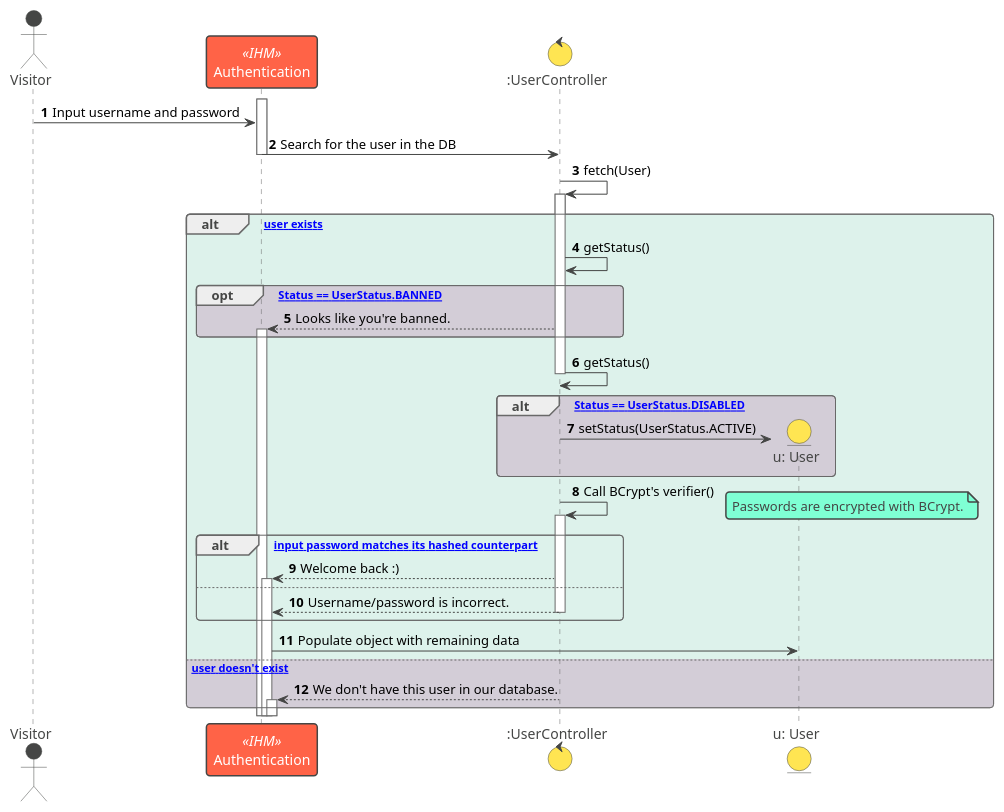
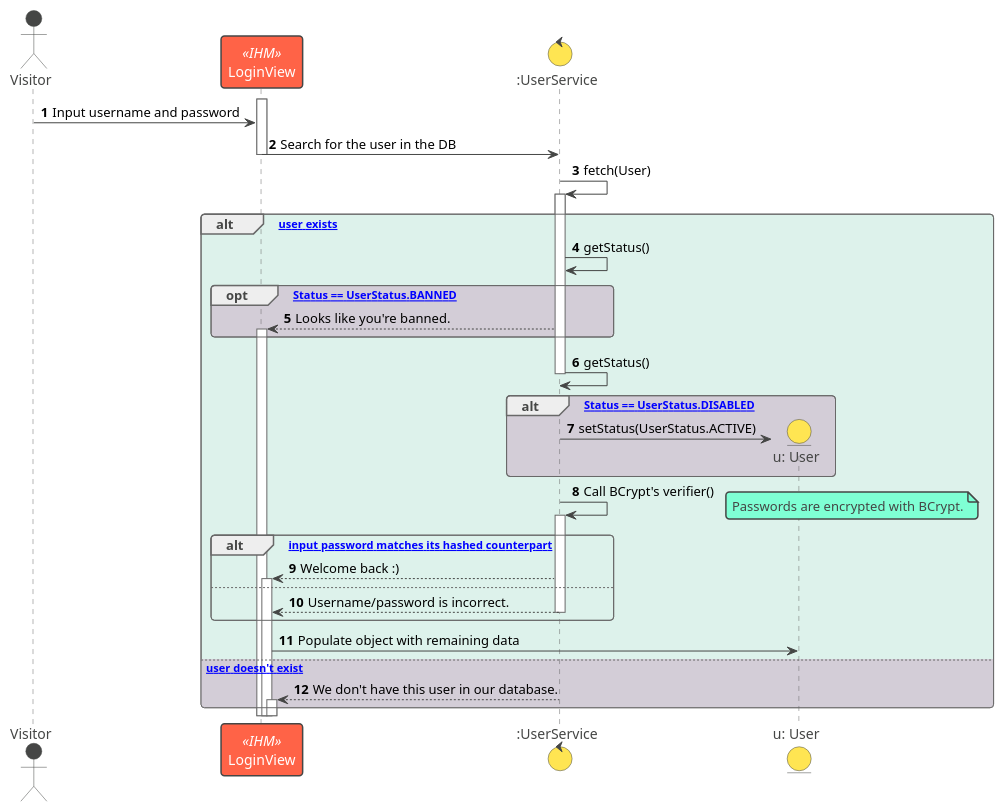
One commit to Druid-ESPRIT/magnum-docs changed the diagram in uml/user-auth.puml. Above: the diagram before and after it, drawn with PlantUML. The commit also changed 2 other files, not shown here.

```diff
--- a/uml/user-auth.puml
+++ b/uml/user-auth.puml
@@ -1,52 +1,51 @@
 @startuml
 !theme vibrant
 
 actor Visitor as V
-participant Authentication as IHM << IHM >>
-control ":UserController" as Ctrl
+participant "LoginView" as IHM << IHM >>
+control ":UserService" as Ctrl
 entity "u: User" as User
 
 autonumber
 
 activate IHM
 V -> IHM: Input username and password
 IHM -> Ctrl: Search for the user in the DB
 deactivate IHM
 Ctrl -> Ctrl: fetch(User)
 
 alt #DDF2EB [If user exists]
 
    activate Ctrl
    Ctrl -> Ctrl: getStatus()
    opt #D3CDD7 [If Status == UserStatus.BANNED]
       Ctrl --> IHM ++: Looks like you're banned.
    end
 
    Ctrl -> Ctrl --: getStatus()
 
    alt #D3CDD7 [If Status == UserStatus.DISABLED]
       Ctrl -> User **: setStatus(UserStatus.ACTIVE)
    end
 
    Ctrl -> Ctrl ++: Call BCrypt's verifier()
    note right
       Passwords are encrypted with BCrypt.
    end note
 
    alt [If input password matches its hashed counterpart]
       Ctrl --> IHM ++: Welcome back :)
    else
       Ctrl --> IHM --: Username/password is incorrect.
    end
 
    IHM -> User: Populate object with remaining data
    deactivate User
-
    
 else #D3CDD7 [If user doesn't exist]
 
    Ctrl --> IHM ++: We don't have this user in our database.
 
 end
 
 @enduml
```
